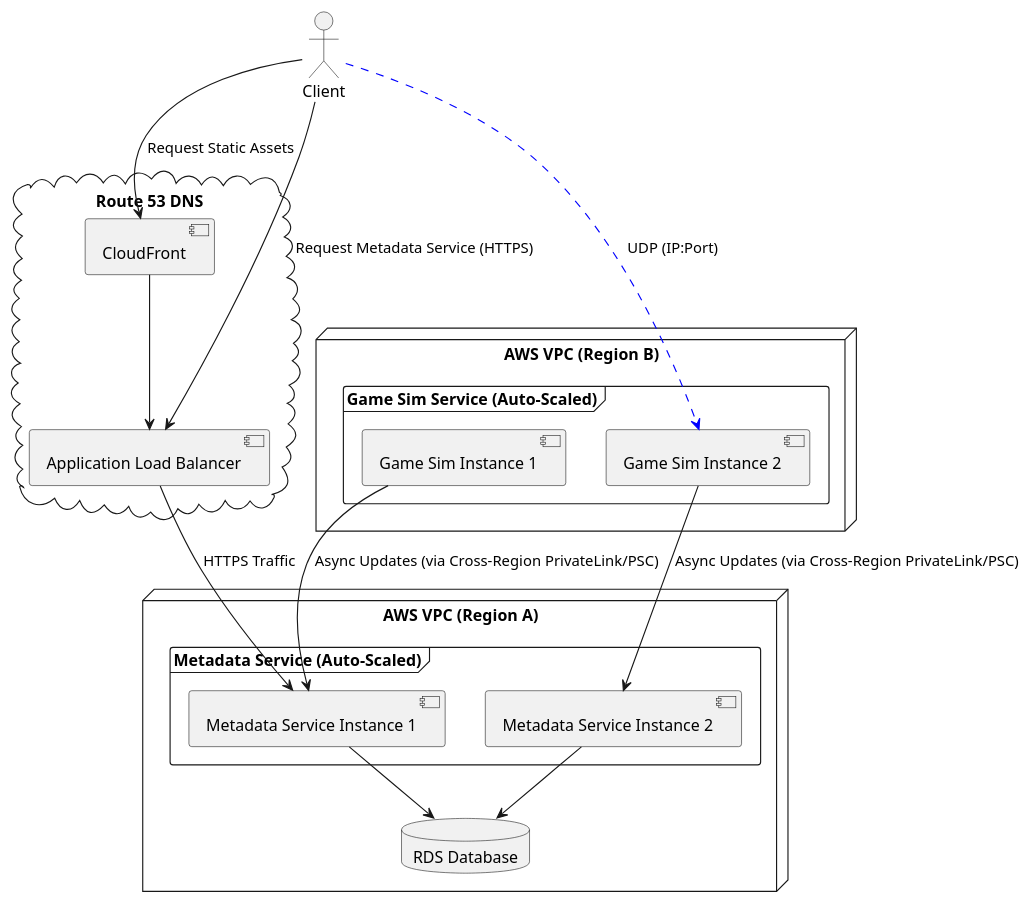
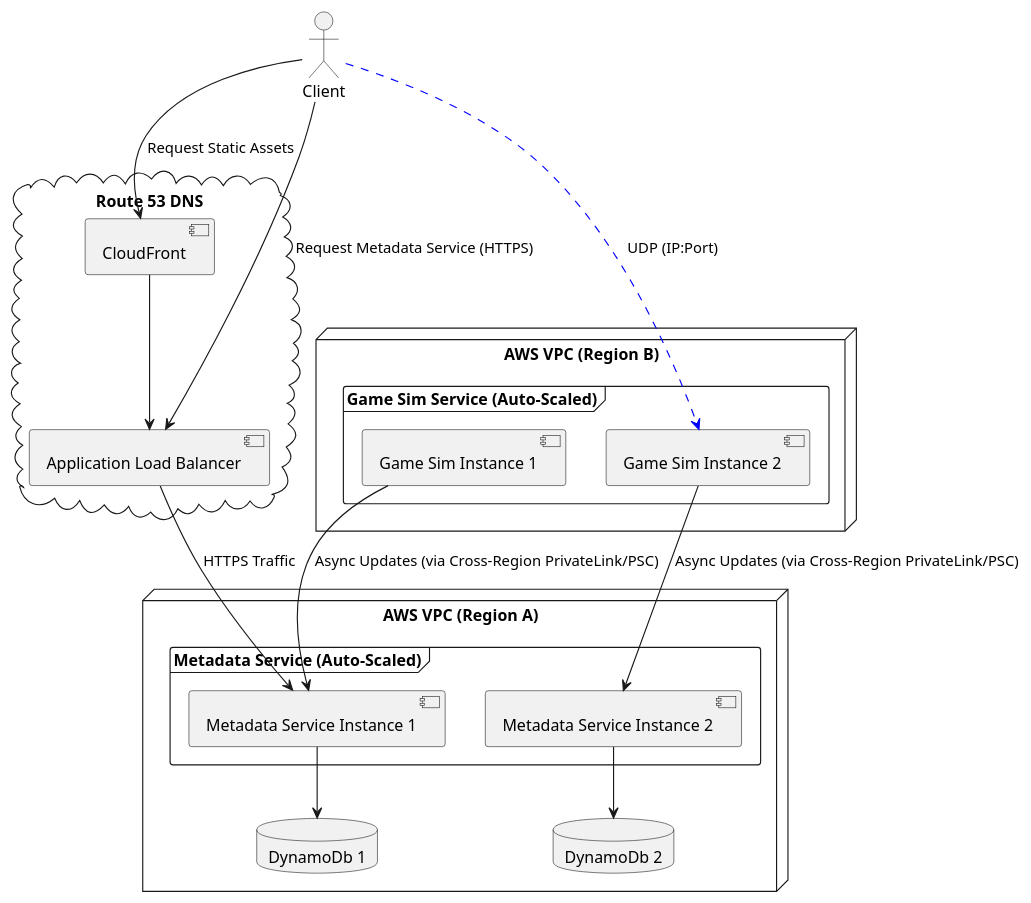
Before and after one commit to dcasadevall/rpg-server: the diagram in docs/puml/2-regional-sims.puml, drawn with PlantUML. The commit also changed 15 other files, not shown here.

```diff
--- a/docs/puml/2-regional-sims.puml
+++ b/docs/puml/2-regional-sims.puml
@@ -1,39 +1,40 @@
 @startuml Regional Game Sim Instances with Cross-Region Access
 actor Client
 cloud "Route 53 DNS" {
     [CloudFront] --> [Application Load Balancer]
 }
 
 node "AWS VPC (Region A)" {
     frame "Metadata Service (Auto-Scaled)" {
         [Metadata Service Instance 1]
         [Metadata Service Instance 2]
     }
-    database "RDS Database" as RDS
+    database "DynamoDb 1" as DynamoDb1
+    database "DynamoDb 2" as DynamoDb2
 }
 
 node "AWS VPC (Region B)" {
     frame "Game Sim Service (Auto-Scaled)" {
         [Game Sim Instance 1]
         [Game Sim Instance 2]
     }
 }
 
 ' Client Connections
 Client --> [CloudFront] : Request Static Assets
 Client --> [Application Load Balancer] : Request Metadata Service (HTTPS)
 
 ' API Flow
 [Application Load Balancer] --> [Metadata Service Instance 1] : HTTPS Traffic
 
-' Metadata Service to RDS
-[Metadata Service Instance 1] --> RDS
-[Metadata Service Instance 2] --> RDS
+' Metadata Service to DynamoDb
+[Metadata Service Instance 1] --> DynamoDb1
+[Metadata Service Instance 2] --> DynamoDb2
 
 ' Cross-Region Access
 [Game Sim Instance 1] --> [Metadata Service Instance 1] : Async Updates (via Cross-Region PrivateLink/PSC)
 [Game Sim Instance 2] --> [Metadata Service Instance 2] : Async Updates (via Cross-Region PrivateLink/PSC)
 
 ' Direct UDP Connection
 Client -[#blue,dashed]-> [Game Sim Instance 2] : UDP (IP:Port)
 @enduml
```
